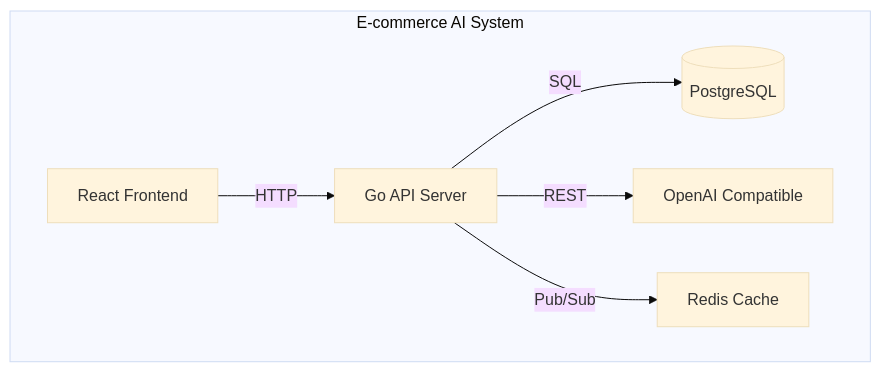
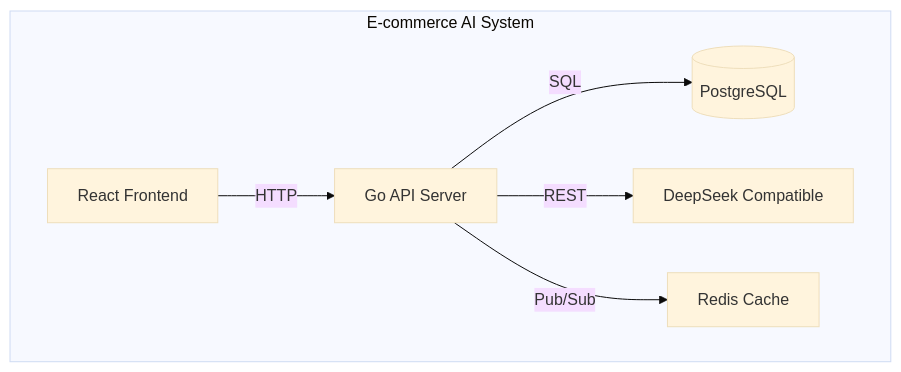
The diagram in docs/architecture/c4-container.mmd (bolitaria/ecommerce-ai-description-generator), drawn with Mermaid (base theme) before and after one commit. The commit also changed 68 other files, not shown here.

Commit message:
New features, connection with DeepSeek API

```diff
--- a/docs/architecture/c4-container.mmd
+++ b/docs/architecture/c4-container.mmd
@@ -1,7 +1,7 @@
 graph TB
   subgraph "E-commerce AI System"
     Web["React Frontend"] -->|HTTP| API["Go API Server"]
     API -->|SQL| DB[(PostgreSQL)]
-    API -->|REST| AI["OpenAI Compatible"]
+    API -->|REST| AI["DeepSeek Compatible"]
     API -->|Pub/Sub| Redis["Redis Cache"]
   end
```
